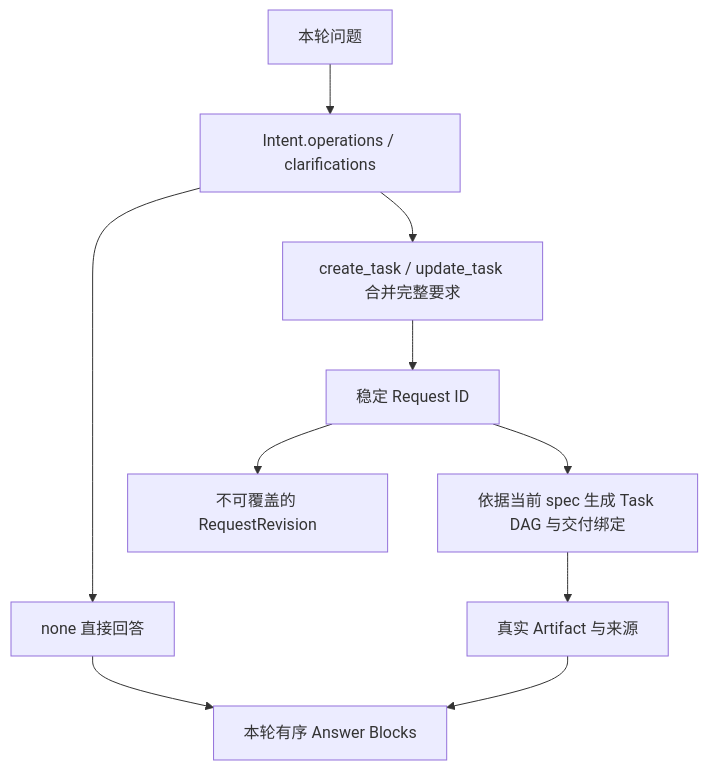
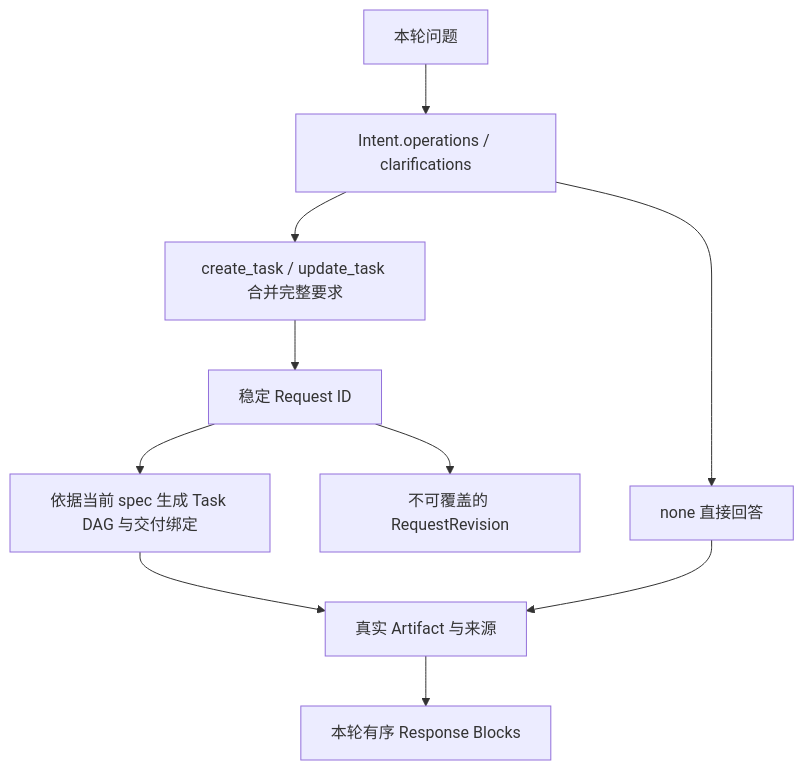
One commit to manifesting696-byte/Project changed the diagram in docs/第三版设计/字段与数据流.md. Above: the diagram before and after it, drawn with Mermaid. The commit also changed other lines of this file and 21 other files, not shown here.

````diff
--- a/docs/第三版设计/字段与数据流.md
+++ b/docs/第三版设计/字段与数据流.md
@@ -7,12 +7,12 @@
 ```mermaid
 flowchart TD
     Query[本轮问题] --> Intent[Intent.operations / clarifications]
     Intent --> Direct[none 直接回答]
     Intent --> Definition[create_task / update_task 合并完整要求]
     Definition --> Request[稳定 Request ID]
     Request --> Revision[不可覆盖的 RequestRevision]
     Request --> Plan[依据当前 spec 生成 Task DAG 与交付绑定]
     Plan --> Artifact[真实 Artifact 与来源]
-    Direct --> Answer[本轮有序 Answer Blocks]
-    Artifact --> Answer
+    Direct --> Artifact
+    Artifact --> Answer[本轮有序 Response Blocks]
 ```
````
